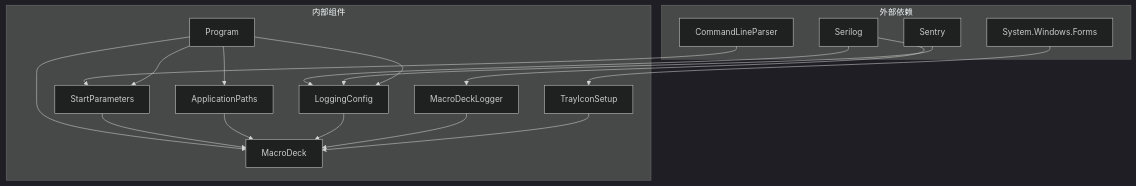
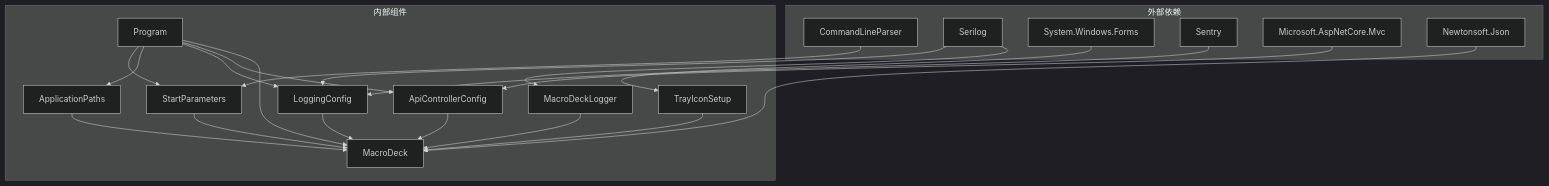
Before and after one commit to tea4go/Macro-Deck: the eighth of 9 diagrams in .qoder/repowiki/zh/content/配置管理系统/启动配置管理.md, drawn with Mermaid (dark theme). The commit also changed other lines of this file and 5 other files, not shown here.

````diff
--- a/.qoder/repowiki/zh/content/配置管理系统/启动配置管理.md
+++ b/.qoder/repowiki/zh/content/配置管理系统/启动配置管理.md
@@ -306,32 +362,39 @@
 ```mermaid
 graph TB
 subgraph "外部依赖"
 A[CommandLineParser]
 B[Serilog]
 C[System.Windows.Forms]
 D[Sentry]
+E[Microsoft.AspNetCore.Mvc]
+F[Newtonsoft.Json]
 end
 subgraph "内部组件"
-E[Program]
-F[StartParameters]
-G[ApplicationPaths]
-H[LoggingConfig]
-I[MacroDeckLogger]
-J[TrayIconSetup]
-K[MacroDeck]
+G[Program]
+H[StartParameters]
+I[ApplicationPaths]
+J[LoggingConfig]
+K[MacroDeckLogger]
+L[TrayIconSetup]
+M[ApiControllerConfig]
+N[MacroDeck]
 end
-A --> F
-B --> H
-B --> I
-C --> J
-D --> H
-E --> F
-E --> G
-E --> H
-E --> K
-F --> K
-G --> K
-H --> K
-I --> K
-J --> K
+A --> H
+B --> J
+B --> K
+C --> L
+D --> J
+E --> M
+F --> N
+G --> H
+G --> I
+G --> J
+G --> M
+G --> N
+H --> N
+I --> N
+J --> N
+K --> N
+L --> N
+M --> N
 ```
````
